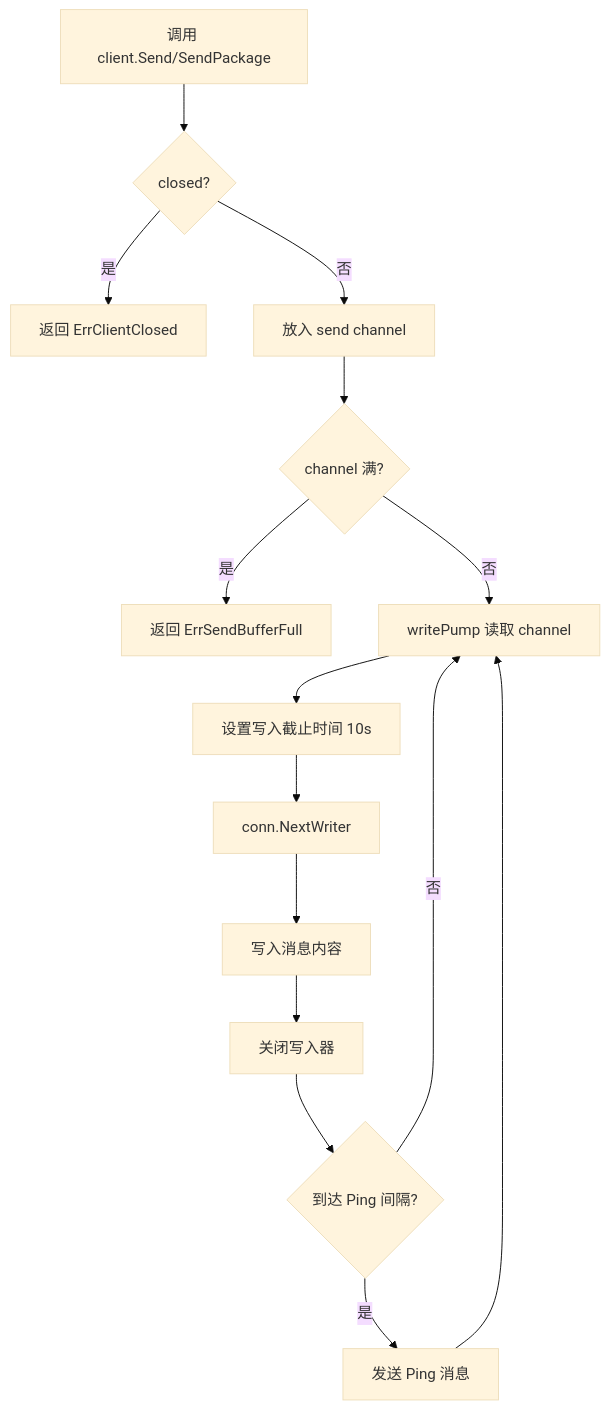
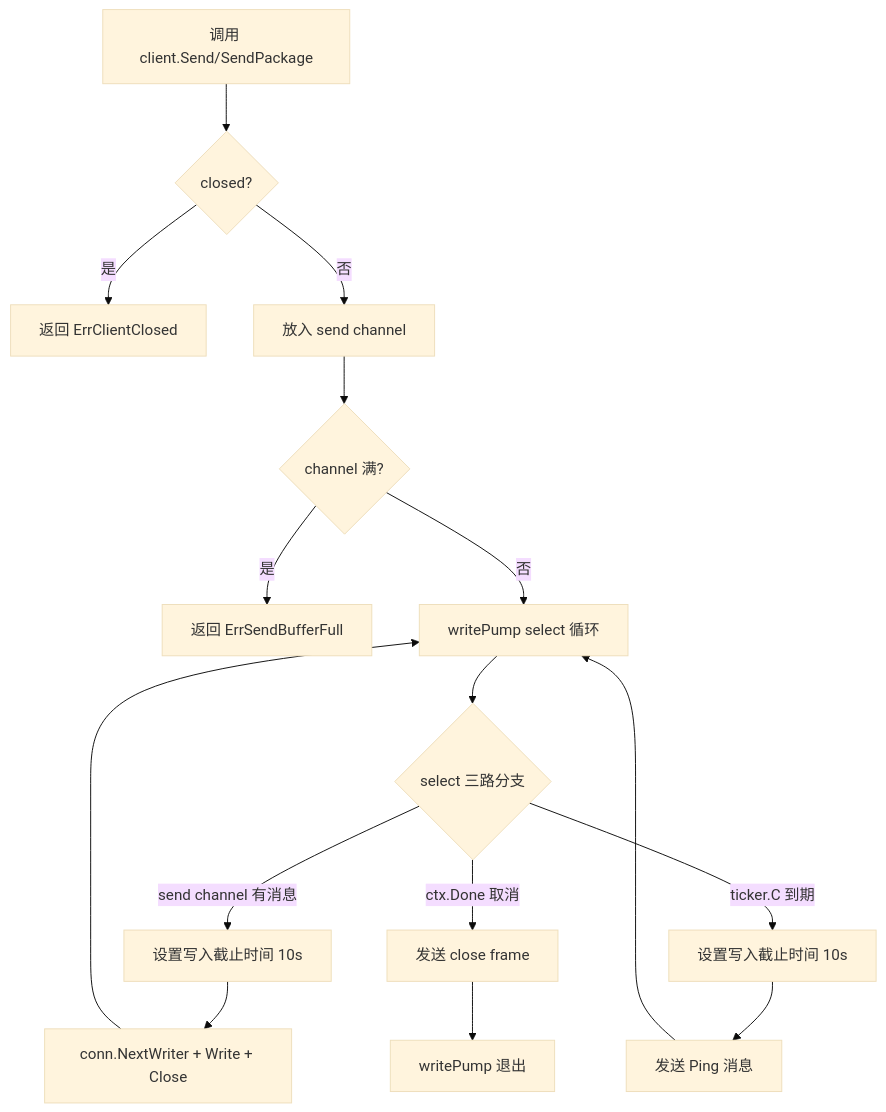
One commit to PineappleBond/xyncra-server changed the fourth of 9 diagrams in wiki/flows/websocket.md. Above: the diagram before and after it, drawn with Mermaid (base theme). The commit also changed other lines of this file and 21 other files, not shown here.

````diff
--- a/wiki/flows/websocket.md
+++ b/wiki/flows/websocket.md
@@ -192,17 +205,18 @@
 ```mermaid
 flowchart TD
     A[调用 client.Send/SendPackage] --> B{closed?}
     B -->|是| C[返回 ErrClientClosed]
     B -->|否| D[放入 send channel]
     D --> E{channel 满?}
     E -->|是| F[返回 ErrSendBufferFull]
-    E -->|否| G[writePump 读取 channel]
-    G --> H[设置写入截止时间 10s]
-    H --> I[conn.NextWriter]
-    I --> J[写入消息内容]
-    J --> K[关闭写入器]
-    K --> L{到达 Ping 间隔?}
-    L -->|是| M[发送 Ping 消息]
-    L -->|否| G
-    M --> G
+    E -->|否| G[writePump select 循环]
+    G --> H{select 三路分支}
+    H -->|send channel 有消息| I[设置写入截止时间 10s]
+    I --> J[conn.NextWriter + Write + Close]
+    J --> G
+    H -->|ticker.C 到期| K[设置写入截止时间 10s]
+    K --> L[发送 Ping 消息]
+    L --> G
+    H -->|ctx.Done 取消| M[发送 close frame]
+    M --> N[writePump 退出]
 ```
````
